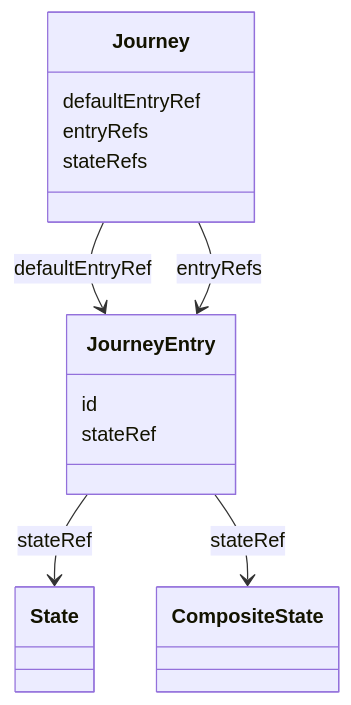
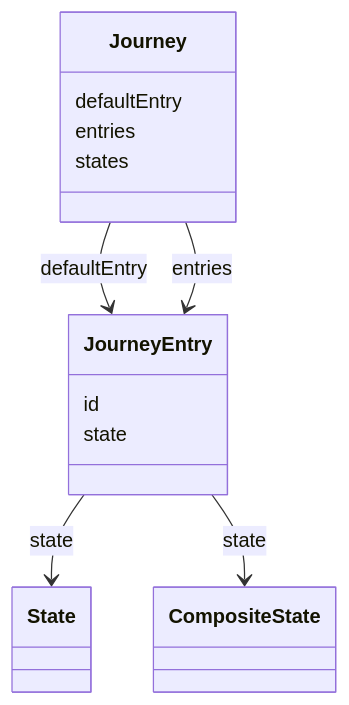
Before and after one commit to openuji/spec-ujg: diagram 12 of 15 in specs/ed/graph/index.md, drawn with Mermaid. The commit also changed other lines of this file and 370 other files, not shown here.

````diff
--- a/specs/ed/graph/index.md
+++ b/specs/ed/graph/index.md
@@ -1266,19 +876,19 @@
 ```mermaid
 classDiagram
   class Journey {
-    defaultEntryRef
-    entryRefs
-    stateRefs
+    defaultEntry
+    entries
+    states
   }
   class JourneyEntry {
     id
-    stateRef
+    state
   }
   class State
   class CompositeState
 
-  Journey --> JourneyEntry : defaultEntryRef
-  Journey --> JourneyEntry : entryRefs
-  JourneyEntry --> State : stateRef
-  JourneyEntry --> CompositeState : stateRef
+  Journey --> JourneyEntry : defaultEntry
+  Journey --> JourneyEntry : entries
+  JourneyEntry --> State : state
+  JourneyEntry --> CompositeState : state
 ```
````
